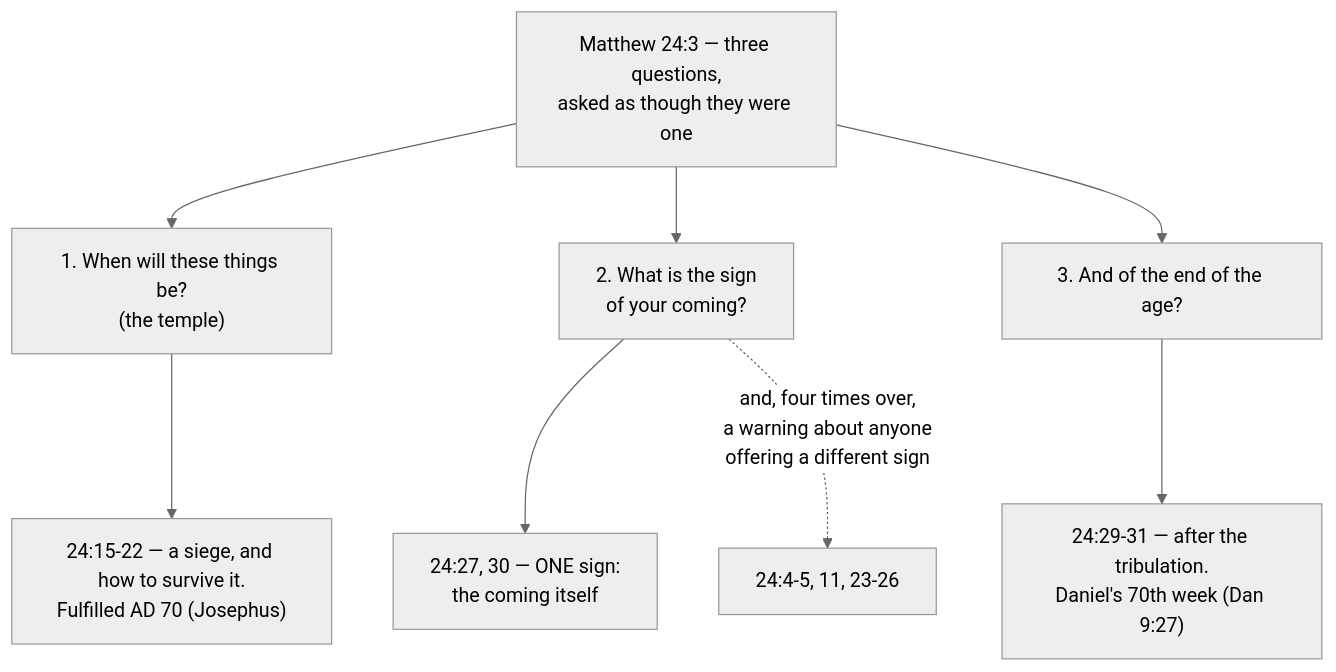
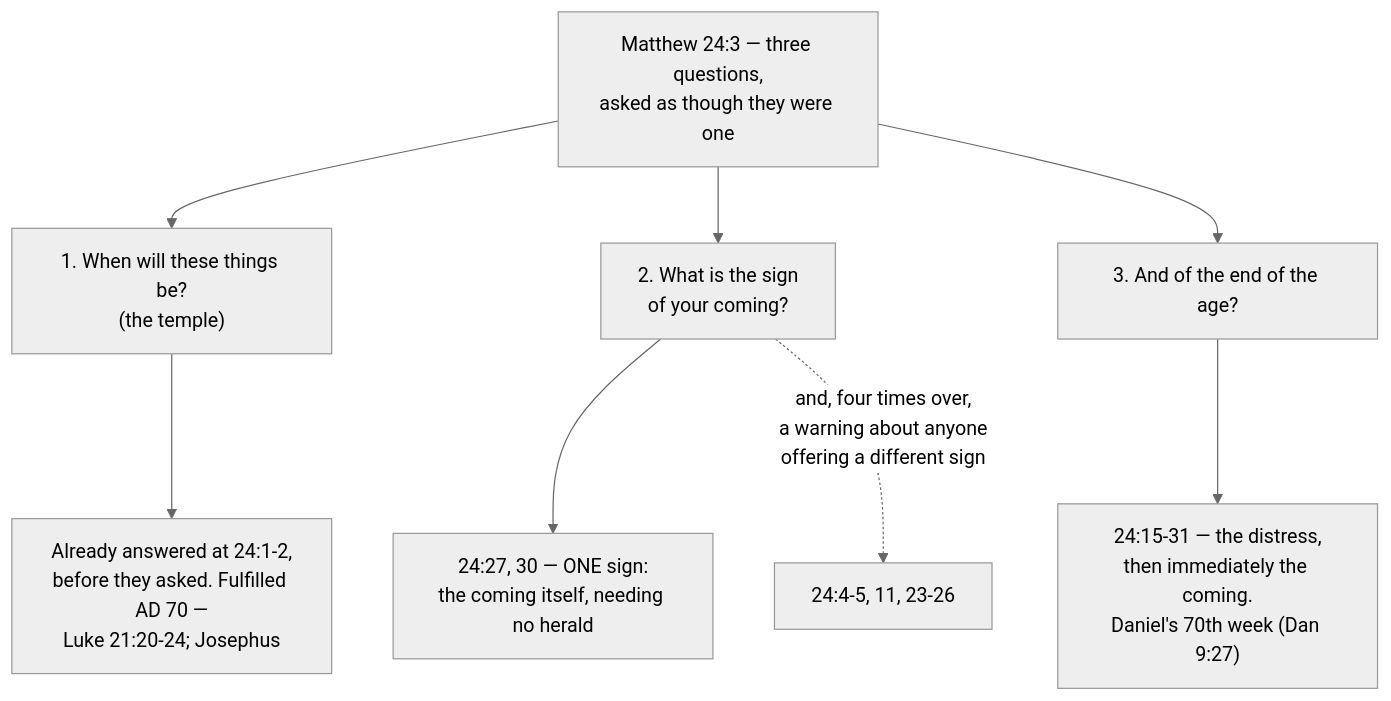
One commit to ding0t/bible_studies changed the first of 6 diagrams in docs/content/last-things/olivet-discourse.md. Above: the diagram before and after it, drawn with Mermaid (neutral theme). The commit also changed other lines of this file and 3 other files, not shown here.

````diff
--- a/docs/content/last-things/olivet-discourse.md
+++ b/docs/content/last-things/olivet-discourse.md
@@ -108,11 +111,11 @@
 ```mermaid
 flowchart TD
     Q["Matthew 24:3 — three questions,<br/>asked as though they were one"]
     Q --> Q1["1. When will these things be?<br/>(the temple)"]
     Q --> Q2["2. What is the sign<br/>of your coming?"]
     Q --> Q3["3. And of the end of the age?"]
-    Q1 --> A1["24:15-22 — a siege, and how to survive it.<br/>Fulfilled AD 70 (Josephus)"]
-    Q2 --> A2["24:27, 30 — ONE sign:<br/>the coming itself"]
-    Q3 --> A3["24:29-31 — after the tribulation.<br/>Daniel's 70th week (Dan 9:27)"]
+    Q1 --> A1["Already answered at 24:1-2,<br/>before they asked. Fulfilled AD 70 —<br/>Luke 21:20-24; Josephus"]
+    Q2 --> A2["24:27, 30 — ONE sign:<br/>the coming itself, needing no herald"]
+    Q3 --> A3["24:15-31 — the distress,<br/>then immediately the coming.<br/>Daniel's 70th week (Dan 9:27)"]
     Q2 -.->|"and, four times over,<br/>a warning about anyone<br/>offering a different sign"| D["24:4-5, 11, 23-26"]
 ```
````
